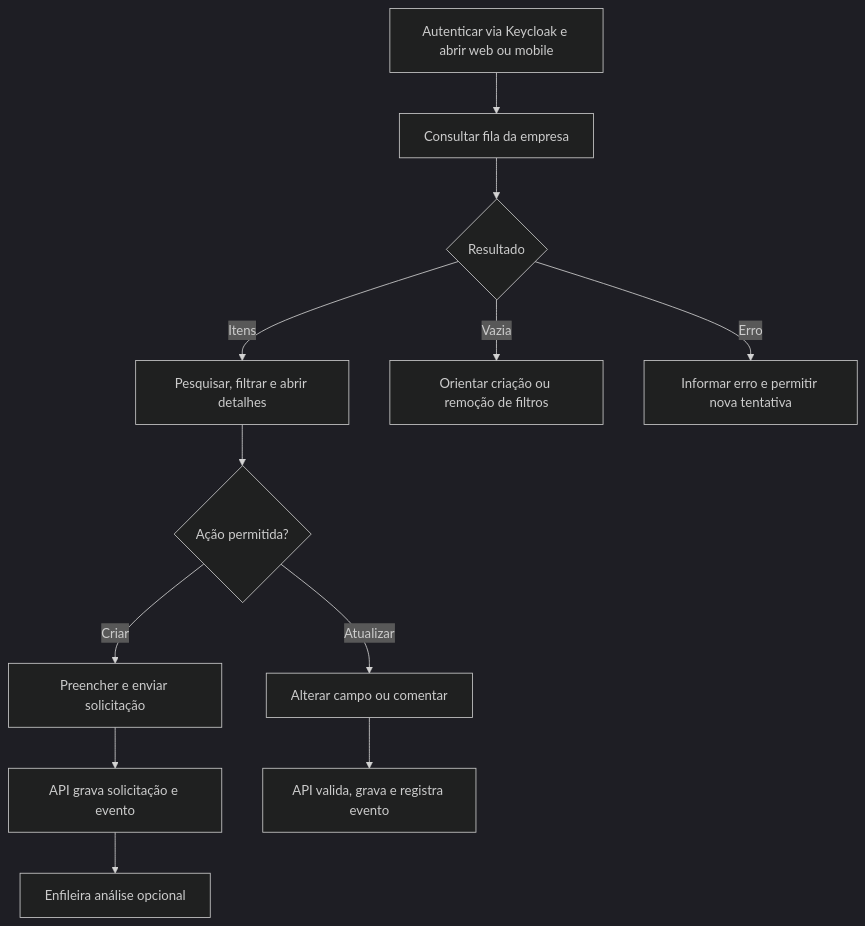
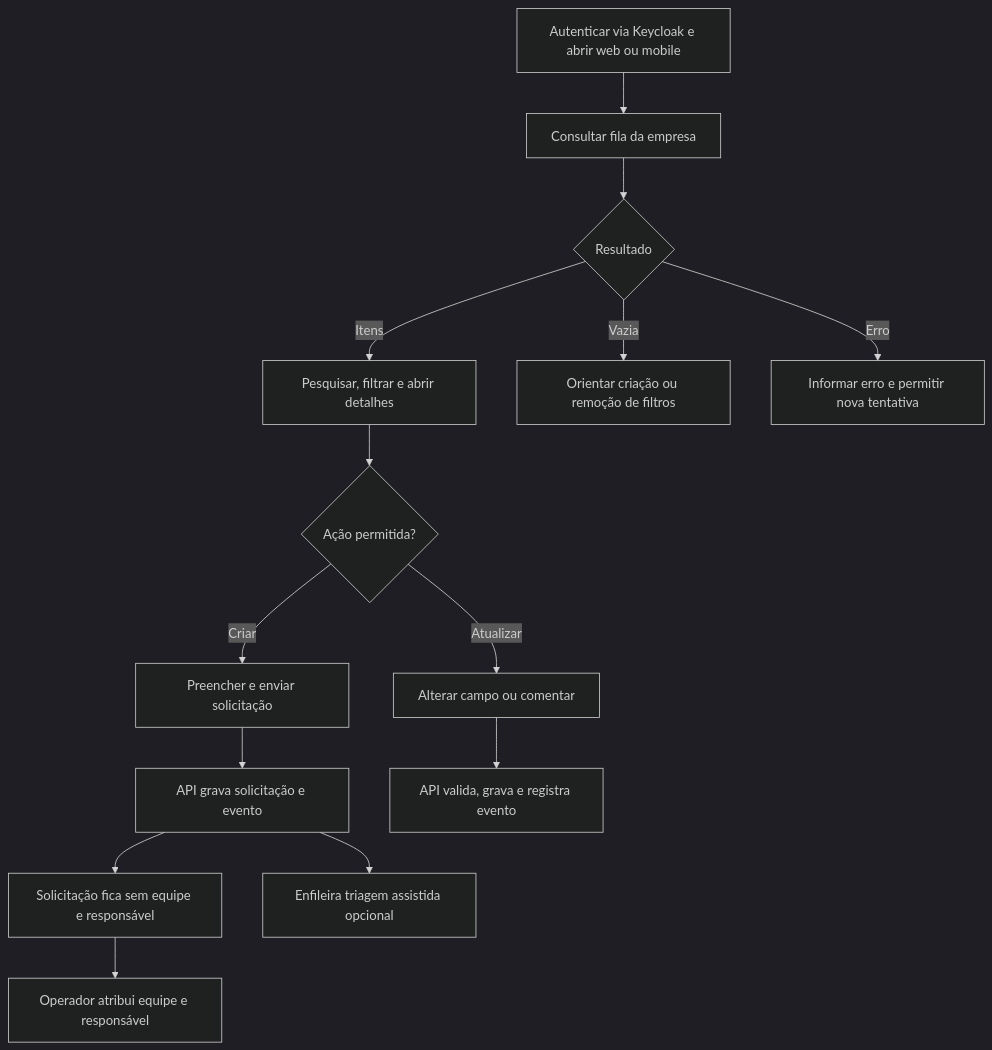
One commit to CampiteliRafael/revez changed the diagram in 04-fluxos-de-usuario.md. Above: the diagram before and after it, drawn with Mermaid (dark theme). The commit also changed other lines of this file and 13 other files, not shown here.

First line of the commit message:
feat(requests): integrate authenticated web creation flow

````diff
--- a/04-fluxos-de-usuario.md
+++ b/04-fluxos-de-usuario.md
@@ -7,14 +7,16 @@
 ```mermaid
 flowchart TD
     A[Autenticar via Keycloak e abrir web ou mobile] --> B[Consultar fila da empresa]
     B --> C{Resultado}
     C -->|Itens| D[Pesquisar, filtrar e abrir detalhes]
     C -->|Vazia| E[Orientar criação ou remoção de filtros]
     C -->|Erro| F[Informar erro e permitir nova tentativa]
     D --> G{Ação permitida?}
     G -->|Criar| H[Preencher e enviar solicitação]
     G -->|Atualizar| I[Alterar campo ou comentar]
     H --> J[API grava solicitação e evento]
-    J --> K[Enfileira análise opcional]
+    J --> K[Solicitação fica sem equipe e responsável]
+    K --> M[Operador atribui equipe e responsável]
+    J --> N[Enfileira triagem assistida opcional]
     I --> L[API valida, grava e registra evento]
 ```
````
